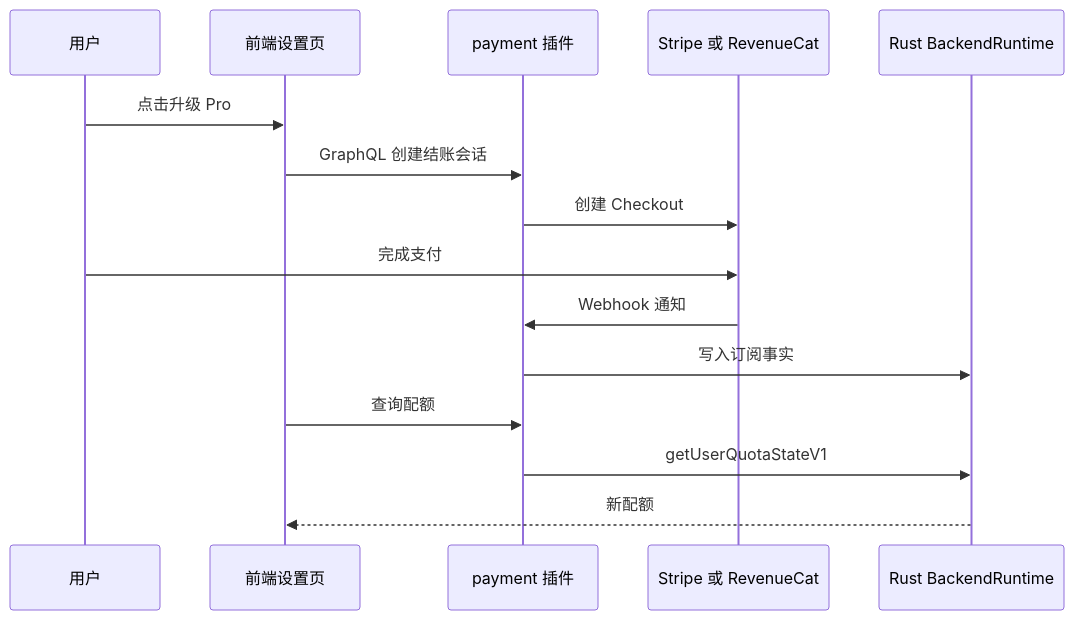
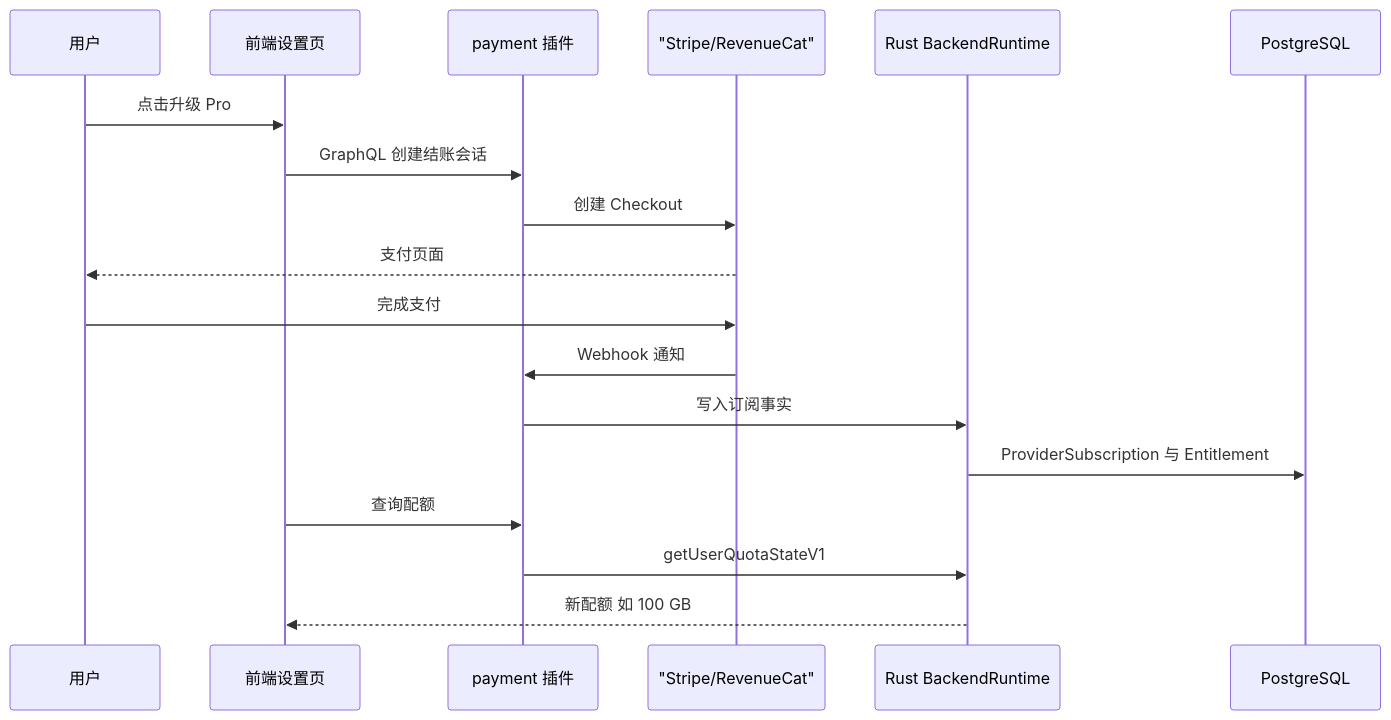
The third of 4 diagrams in learning-guide/slides/decks/02.md (lfire/AFFiNE), drawn with Mermaid before and after one commit. The commit also changed other lines of this file and 46 other files, not shown here.

````diff
--- a/learning-guide/slides/decks/02.md
+++ b/learning-guide/slides/decks/02.md
@@ -255,17 +304,20 @@
 ```mermaid
 sequenceDiagram
-    participant U as 用户
-    participant FE as 前端设置页
-    participant API as payment 插件
-    participant ST as Stripe 或 RevenueCat
-    participant RT as Rust BackendRuntime
-    U->>FE: 点击升级 Pro
-    FE->>API: GraphQL 创建结账会话
-    API->>ST: 创建 Checkout
-    U->>ST: 完成支付
-    ST->>API: Webhook 通知
-    API->>RT: 写入订阅事实
-    FE->>API: 查询配额
-    API->>RT: getUserQuotaStateV1
-    RT-->>FE: 新配额
+  participant U as 用户
+  participant FE as 前端设置页
+  participant API as payment 插件
+  participant ST as "Stripe/RevenueCat"
+  participant RT as Rust BackendRuntime
+  participant DB as PostgreSQL
+  U->>FE: 点击升级 Pro
+  FE->>API: GraphQL 创建结账会话
+  API->>ST: 创建 Checkout
+  ST-->>U: 支付页面
+  U->>ST: 完成支付
+  ST->>API: Webhook 通知
+  API->>RT: 写入订阅事实
+  RT->>DB: ProviderSubscription 与 Entitlement
+  FE->>API: 查询配额
+  API->>RT: getUserQuotaStateV1
+  RT-->>FE: 新配额 如 100 GB
 ```
````
